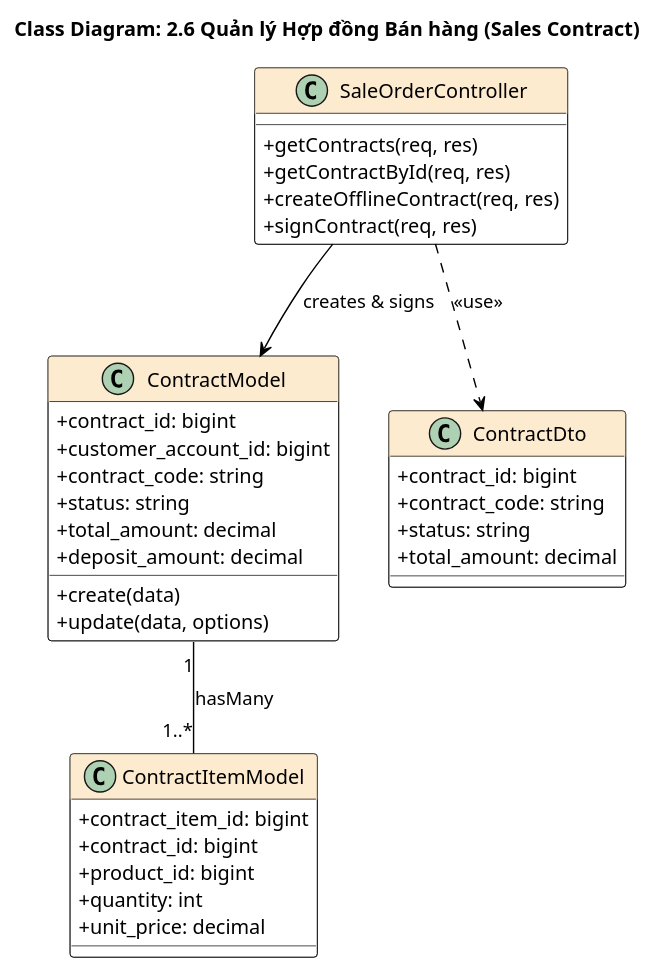
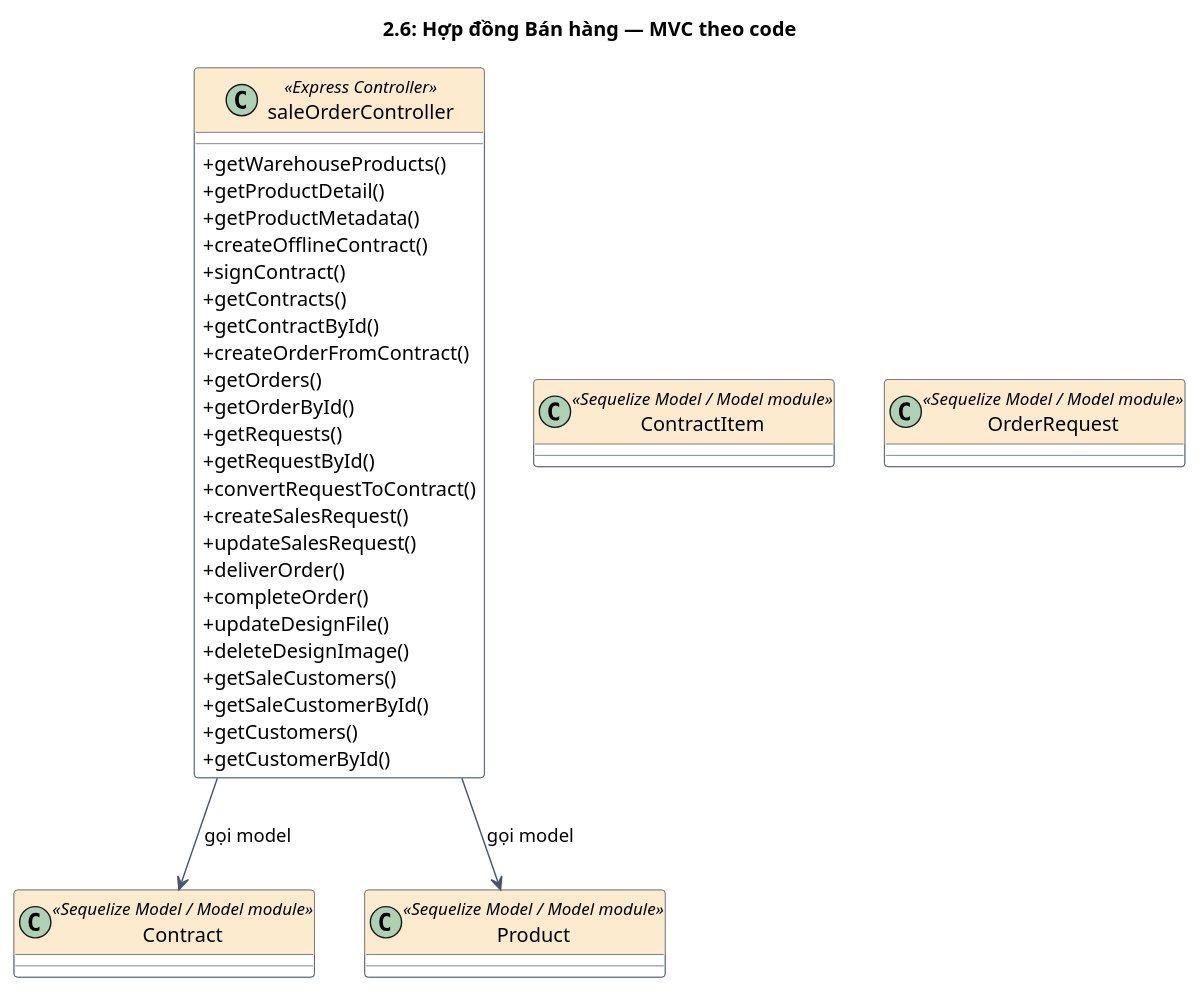
Before and after one commit to chuoois/FS-SIMS: the sixth of 14 diagrams in docs/classdiagrams.md, drawn with PlantUML. The commit also changed other lines of this file and 8 other files, not shown here.

````diff
--- a/docs/classdiagrams.md
+++ b/docs/classdiagrams.md
@@ -313,49 +253,48 @@
 ```plantuml
 @startuml
 skinparam classAttributeIconSize 0
 skinparam class {
-    BackgroundColor White
-    BorderColor Black
-    ArrowColor Black
-    HeaderBackgroundColor #FDEBD0
+  BackgroundColor White
+  BorderColor #475569
+  ArrowColor #475569
+  HeaderBackgroundColor #FDEBD0
 }
-title Class Diagram: 2.6 Quản lý Hợp đồng Bán hàng (Sales Contract)
+title 2.6: Hợp đồng Bán hàng — MVC theo code
 
-class SaleOrderController {
-  +getContracts(req, res)
-  +getContractById(req, res)
-  +createOfflineContract(req, res)
-  +signContract(req, res)
+class saleOrderController <<Express Controller>> {
+  +getWarehouseProducts()
+  +getProductDetail()
+  +getProductMetadata()
+  +createOfflineContract()
+  +signContract()
+  +getContracts()
+  +getContractById()
+  +createOrderFromContract()
+  +getOrders()
+  +getOrderById()
+  +getRequests()
+  +getRequestById()
+  +convertRequestToContract()
+  +createSalesRequest()
+  +updateSalesRequest()
+  +deliverOrder()
+  +completeOrder()
+  +updateDesignFile()
+  +deleteDesignImage()
+  +getSaleCustomers()
+  +getSaleCustomerById()
+  +getCustomers()
+  +getCustomerById()
 }
 
-class ContractModel {
-  +contract_id: bigint
-  +customer_account_id: bigint
-  +contract_code: string
-  +status: string
-  +total_amount: decimal
-  +deposit_amount: decimal
-  +create(data)
-  +update(data, options)
-}
+class Contract <<Sequelize Model / Model module>>
 
-class ContractItemModel {
-  +contract_item_id: bigint
-  +contract_id: bigint
-  +product_id: bigint
-  +quantity: int
-  +unit_price: decimal
-}
+class ContractItem <<Sequelize Model / Model module>>
 
-class ContractDto {
-  +contract_id: bigint
-  +contract_code: string
-  +status: string
-  +total_amount: decimal
-}
+class Product <<Sequelize Model / Model module>>
 
-SaleOrderController --> ContractModel : creates & signs
-ContractModel "1" -- "1..*" ContractItemModel : hasMany
-SaleOrderController ..> ContractDto : <<use>>
+class OrderRequest <<Sequelize Model / Model module>>
+saleOrderController --> Contract : gọi model
+saleOrderController --> Product : gọi model
 @enduml
 ```
````
